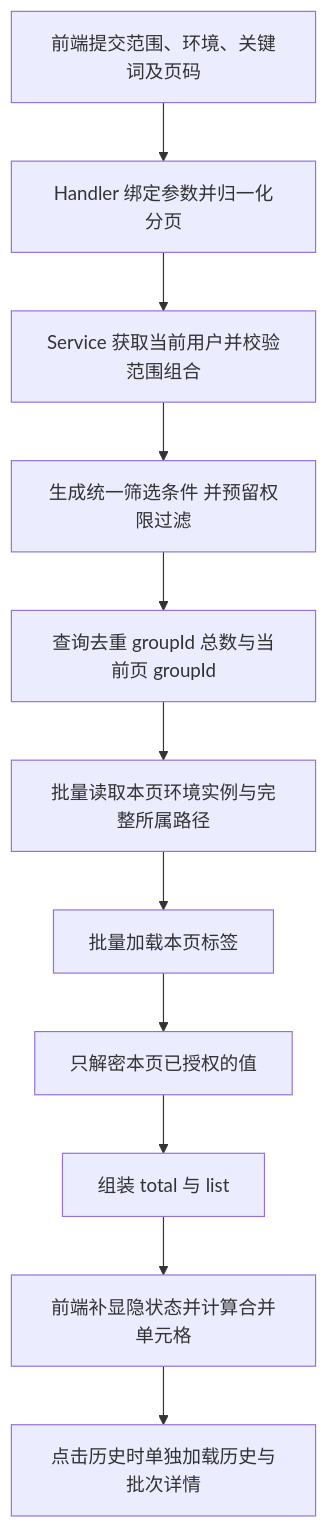
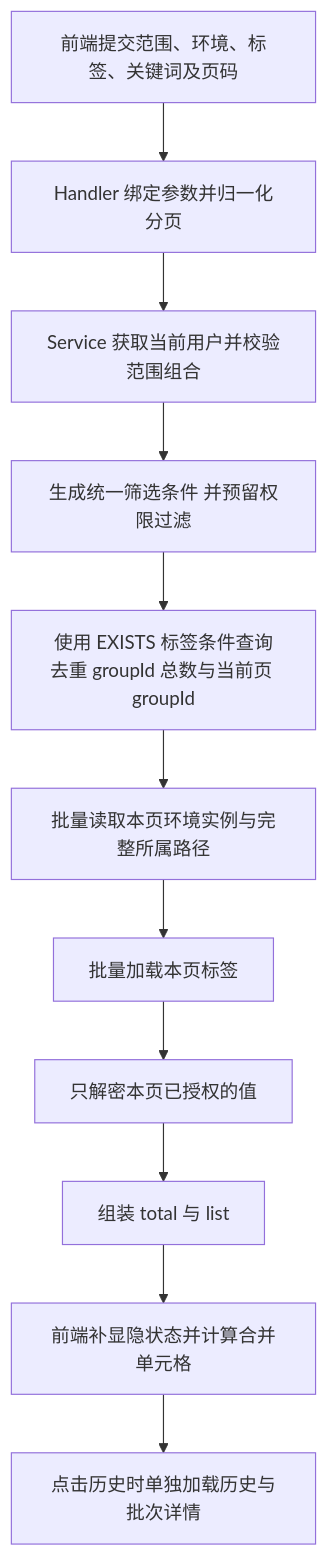
One commit to Vincentenxy/env-vault-web changed the diagram in design/secret-search.md. Above: the diagram before and after it, drawn with Mermaid. The commit also changed other lines of this file and 3 other files, not shown here.

````diff
--- a/design/secret-search.md
+++ b/design/secret-search.md
@@ -268,13 +269,13 @@
 ```mermaid
 flowchart TD
-    A[前端提交范围、环境、关键词及页码] --> B[Handler 绑定参数并归一化分页]
+    A[前端提交范围、环境、标签、关键词及页码] --> B[Handler 绑定参数并归一化分页]
     B --> C[Service 获取当前用户并校验范围组合]
     C --> D[生成统一筛选条件 并预留权限过滤]
-    D --> E[查询去重 groupId 总数与当前页 groupId]
+    D --> E[使用 EXISTS 标签条件查询去重 groupId 总数与当前页 groupId]
     E --> F[批量读取本页环境实例与完整所属路径]
     F --> G[批量加载本页标签]
     G --> H[只解密本页已授权的值]
     H --> I[组装 total 与 list]
     I --> J[前端补显隐状态并计算合并单元格]
     J --> K[点击历史时单独加载历史与批次详情]
 ```
````
